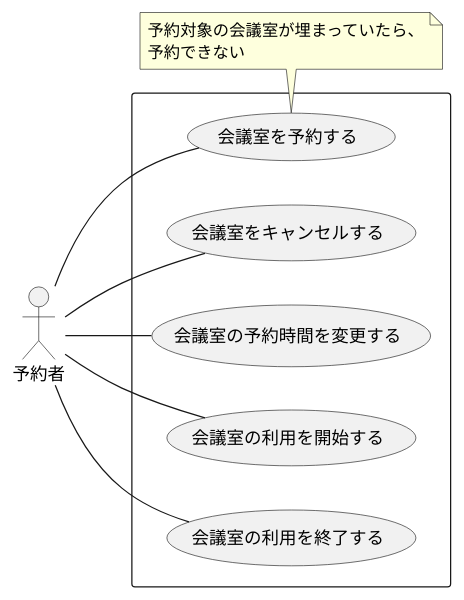
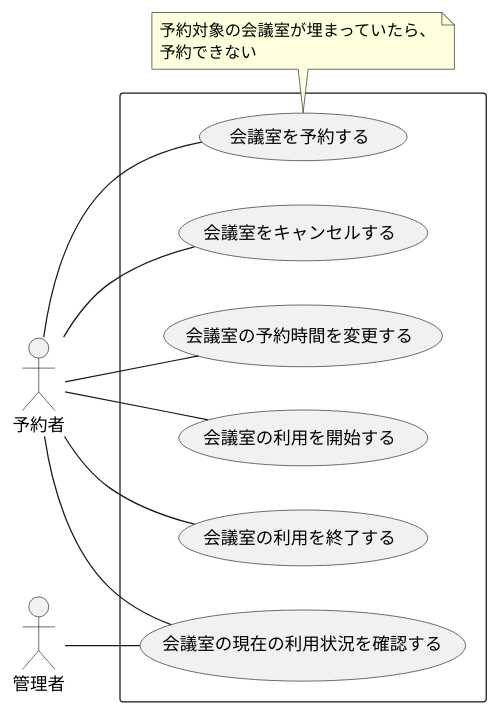
The diagram in diagram/usecase.pu (jnuank/meeting-room), drawn with PlantUML before and after one commit. The commit also changed 8 other files, not shown here.

```diff
--- a/diagram/usecase.pu
+++ b/diagram/usecase.pu
@@ -1,17 +1,20 @@
 @startuml
 left to right direction
 
 actor 予約者
+actor 管理者
 rectangle  {
     予約者 -- (会議室を予約する)
     予約者 -- (会議室をキャンセルする)
     予約者 -- (会議室の予約時間を変更する)
     予約者 -- (会議室の利用を開始する)
     予約者 -- (会議室の利用を終了する)
+    管理者 -- (会議室の現在の利用状況を確認する)
+    予約者 -- (会議室の現在の利用状況を確認する)
 }
 
 note bottom of (会議室を予約する)
 予約対象の会議室が埋まっていたら、
 予約できない
 end note
 @enduml
```
